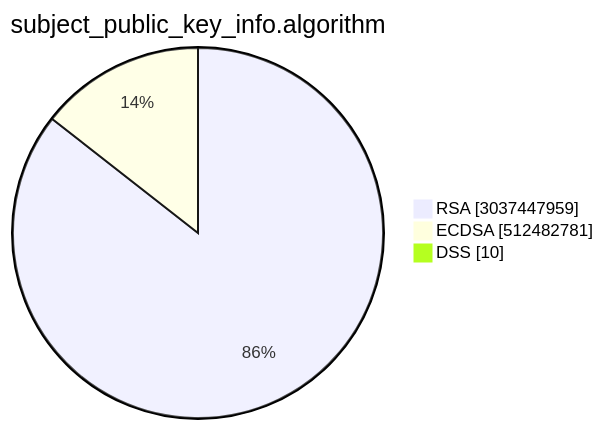
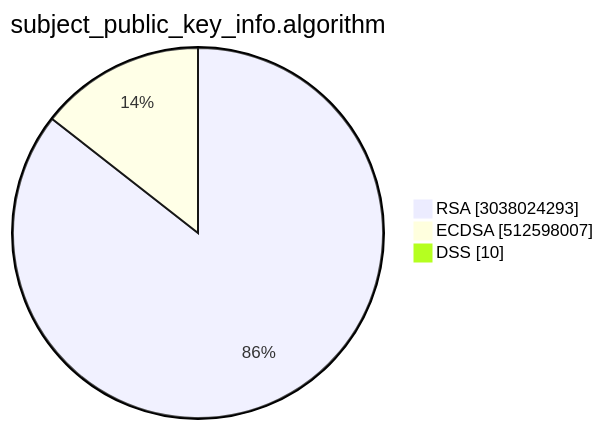
Before and after one commit to christiankrug/ctmonitor_visualization: the second of 15 diagrams in TOTAL/README.md, drawn with Mermaid. The commit also changed other lines of this file, not shown here.

````diff
--- a/TOTAL/README.md
+++ b/TOTAL/README.md
@@ -6,7 +6,7 @@
 ```mermaid
 pie showData
 title subject_public_key_info.algorithm
-"RSA" :3037447959
-"ECDSA" :512482781
+"RSA" :3038024293
+"ECDSA" :512598007
 "DSS" :10
 ```
````
